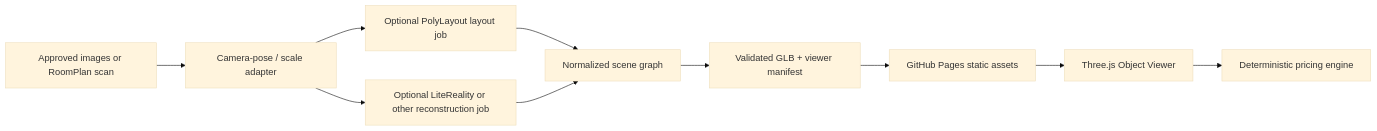
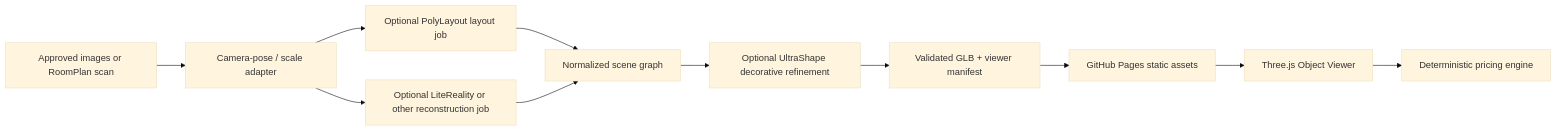
One commit to tobiags/ai-estimate-studio changed the first of 2 diagrams in docs/viewer/GENERATION_PROVIDER_EVALUATION.md. Above: the diagram before and after it, drawn with Mermaid (base theme). The commit also changed other lines of this file and 12 other files, not shown here.

Commit message:
feat(viewer): add UltraShape asset refinement contract

````diff
--- a/docs/viewer/GENERATION_PROVIDER_EVALUATION.md
+++ b/docs/viewer/GENERATION_PROVIDER_EVALUATION.md
@@ -33,12 +34,13 @@
 ```mermaid
 flowchart LR
   Capture[Approved images or RoomPlan scan] --> Pose[Camera-pose / scale adapter]
   Pose --> Layout[Optional PolyLayout layout job]
   Pose --> Recon[Optional LiteReality or other reconstruction job]
   Layout --> Graph[Normalized scene graph]
   Recon --> Graph
-  Graph --> Package[Validated GLB + viewer manifest]
+  Graph --> Refine[Optional UltraShape decorative refinement]
+  Refine --> Package[Validated GLB + viewer manifest]
   Package --> Pages[GitHub Pages static assets]
   Pages --> Viewer[Three.js Object Viewer]
   Viewer --> Estimate[Deterministic pricing engine]
 ```
````
